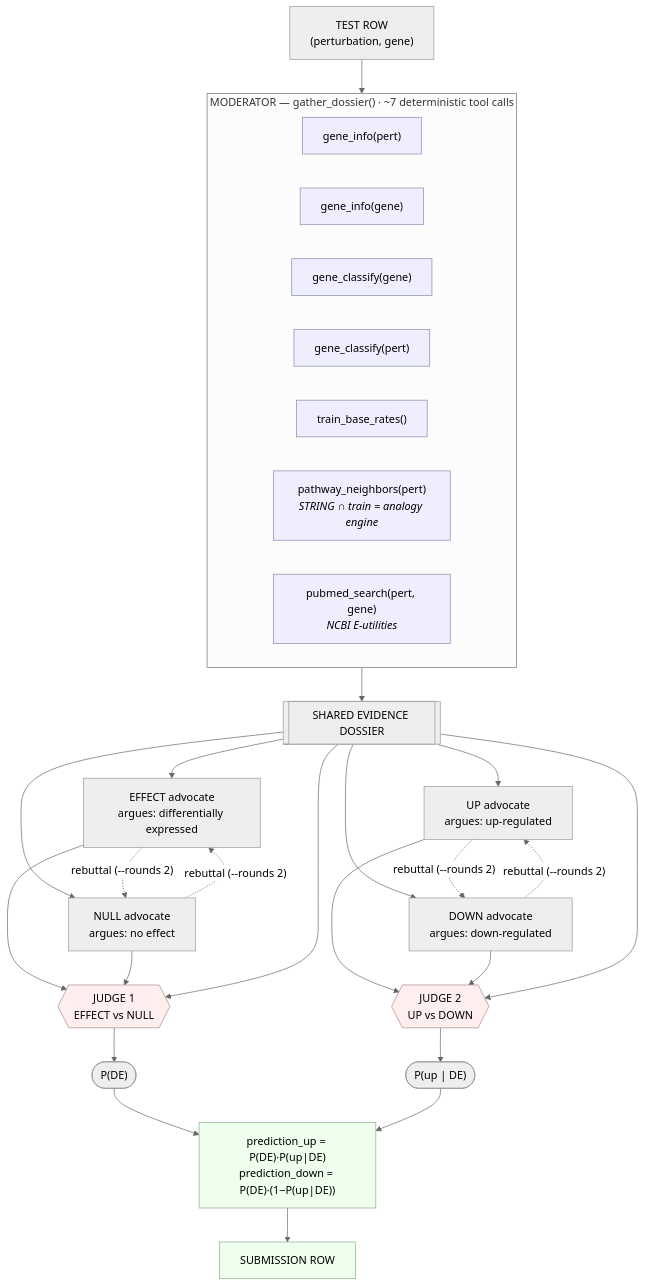
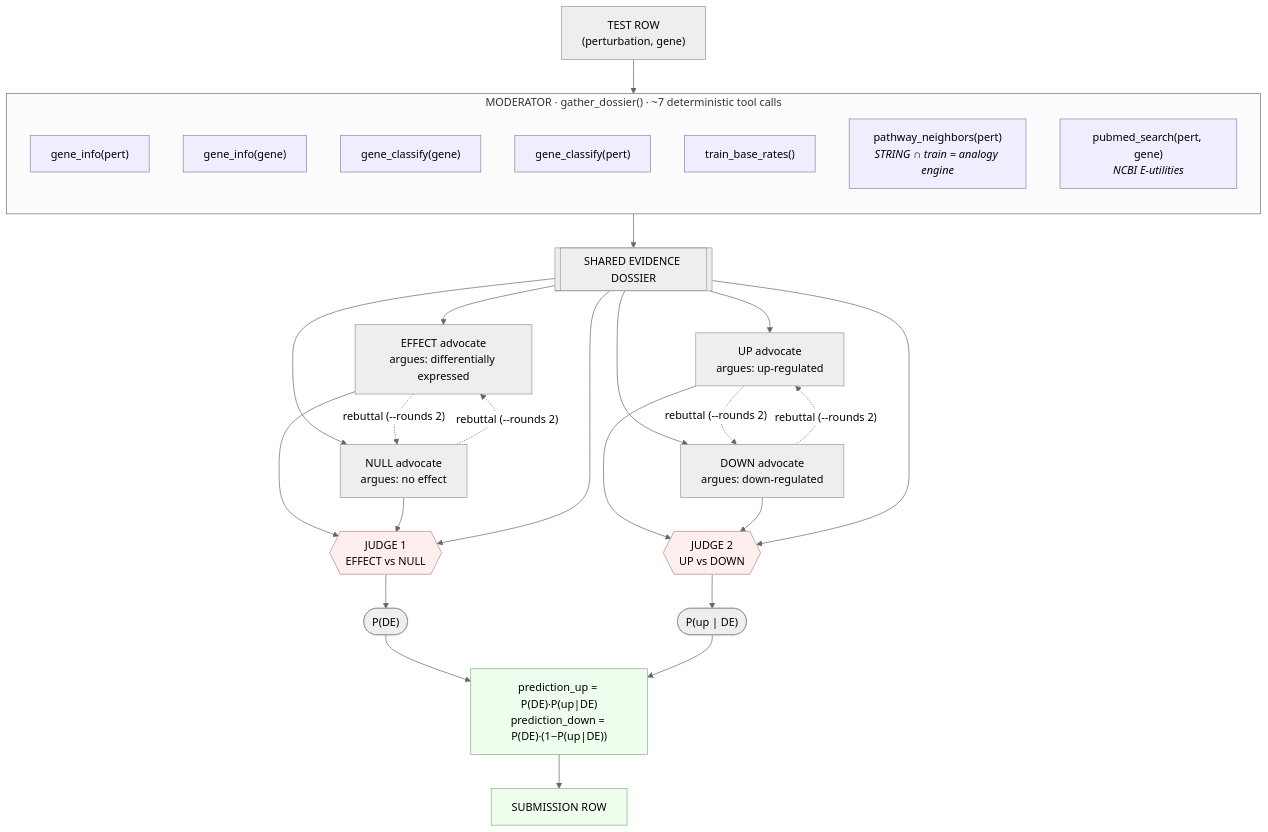
One commit to Jiawei-Xing/PerturbAgent changed the diagram in docs/track_b_architecture.md. Above: the diagram before and after it, drawn with Mermaid (neutral theme). The commit also changed 2 other files, not shown here.

Commit message:
Add Track B architecture diagram to README
Render the adversarial-debate Mermaid graph to docs/img/track_b_architecture.png
and embed it in the README's Track B section.

````diff
--- a/docs/track_b_architecture.md
+++ b/docs/track_b_architecture.md
@@ -38,49 +38,49 @@
 ```mermaid
 flowchart TD
     IN["TEST ROW<br/>(perturbation, gene)"] --> MOD
 
-    subgraph MOD["MODERATOR — gather_dossier() · ~7 deterministic tool calls"]
-        direction LR
+    subgraph MOD["MODERATOR · gather_dossier() · ~7 deterministic tool calls"]
+        direction TB
         T1["gene_info(pert)"]
         T2["gene_info(gene)"]
         T3["gene_classify(gene)"]
         T4["gene_classify(pert)"]
         T5["train_base_rates()"]
         T6["pathway_neighbors(pert)<br/><i>STRING ∩ train = analogy engine</i>"]
         T7["pubmed_search(pert, gene)<br/><i>NCBI E-utilities</i>"]
     end
 
     MOD --> DOSSIER[["SHARED EVIDENCE DOSSIER"]]
 
     %% ---- Debate 1: DE ----
     DOSSIER --> EFF["EFFECT advocate<br/>argues: differentially expressed"]
     DOSSIER --> NUL["NULL advocate<br/>argues: no effect"]
     EFF -. "rebuttal (--rounds 2)" .-> NUL
     NUL -. "rebuttal (--rounds 2)" .-> EFF
     EFF --> J1{{"JUDGE 1<br/>EFFECT vs NULL"}}
     NUL --> J1
     DOSSIER --> J1
     J1 --> PDE(["P(DE)"])
 
     %% ---- Debate 2: DIR ----
     DOSSIER --> UP["UP advocate<br/>argues: up-regulated"]
     DOSSIER --> DN["DOWN advocate<br/>argues: down-regulated"]
     UP -. "rebuttal (--rounds 2)" .-> DN
     DN -. "rebuttal (--rounds 2)" .-> UP
     UP --> J2{{"JUDGE 2<br/>UP vs DOWN"}}
     DN --> J2
     DOSSIER --> J2
     J2 --> PUP(["P(up | DE)"])
 
     %% ---- Combine ----
     PDE --> COMB["prediction_up = P(DE)·P(up|DE)<br/>prediction_down = P(DE)·(1−P(up|DE))"]
     PUP --> COMB
     COMB --> OUT["SUBMISSION ROW"]
 
     classDef tool fill:#eef,stroke:#88a;
     classDef judge fill:#fee,stroke:#a88;
     classDef out fill:#efe,stroke:#8a8;
     class T1,T2,T3,T4,T5,T6,T7 tool;
     class J1,J2 judge;
     class COMB,OUT out;
 ```
````
